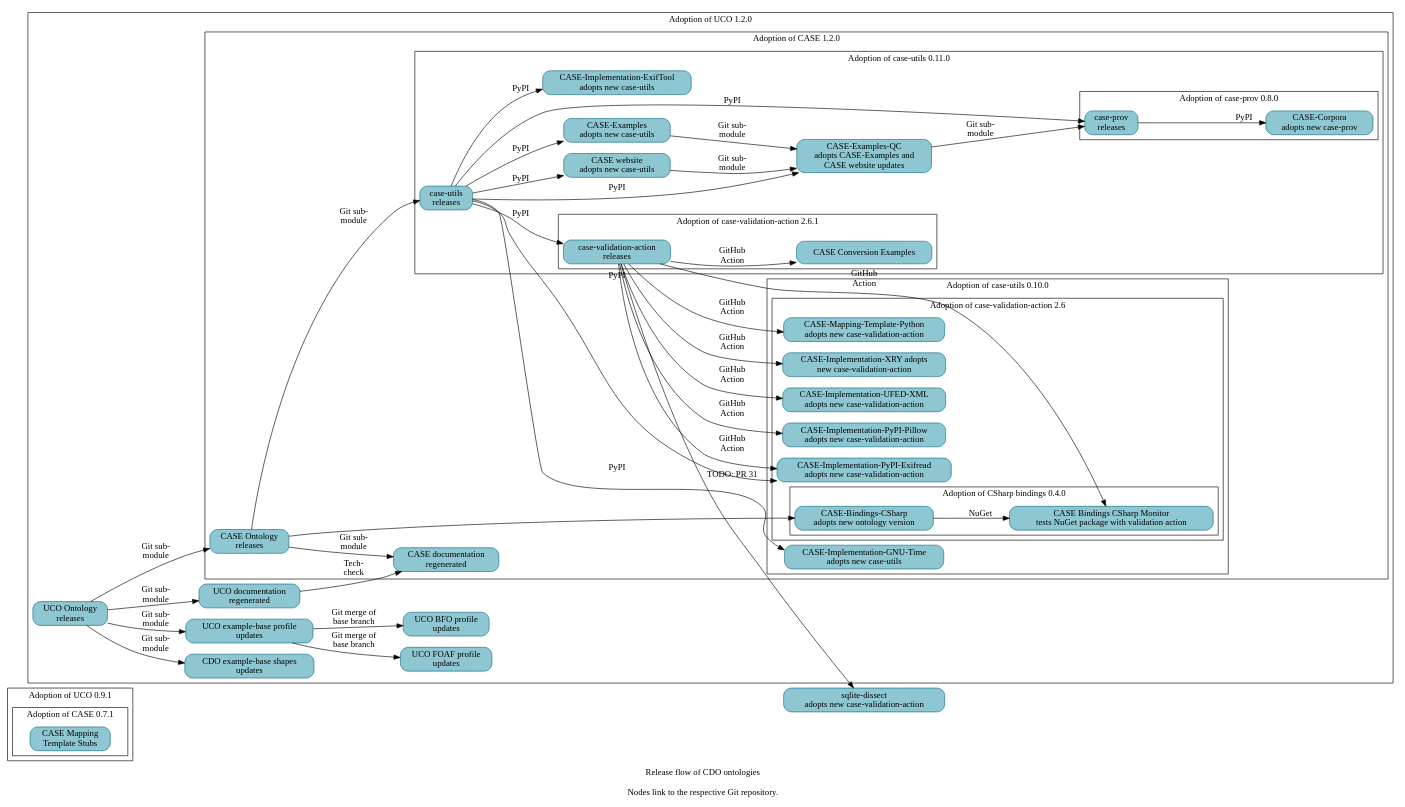
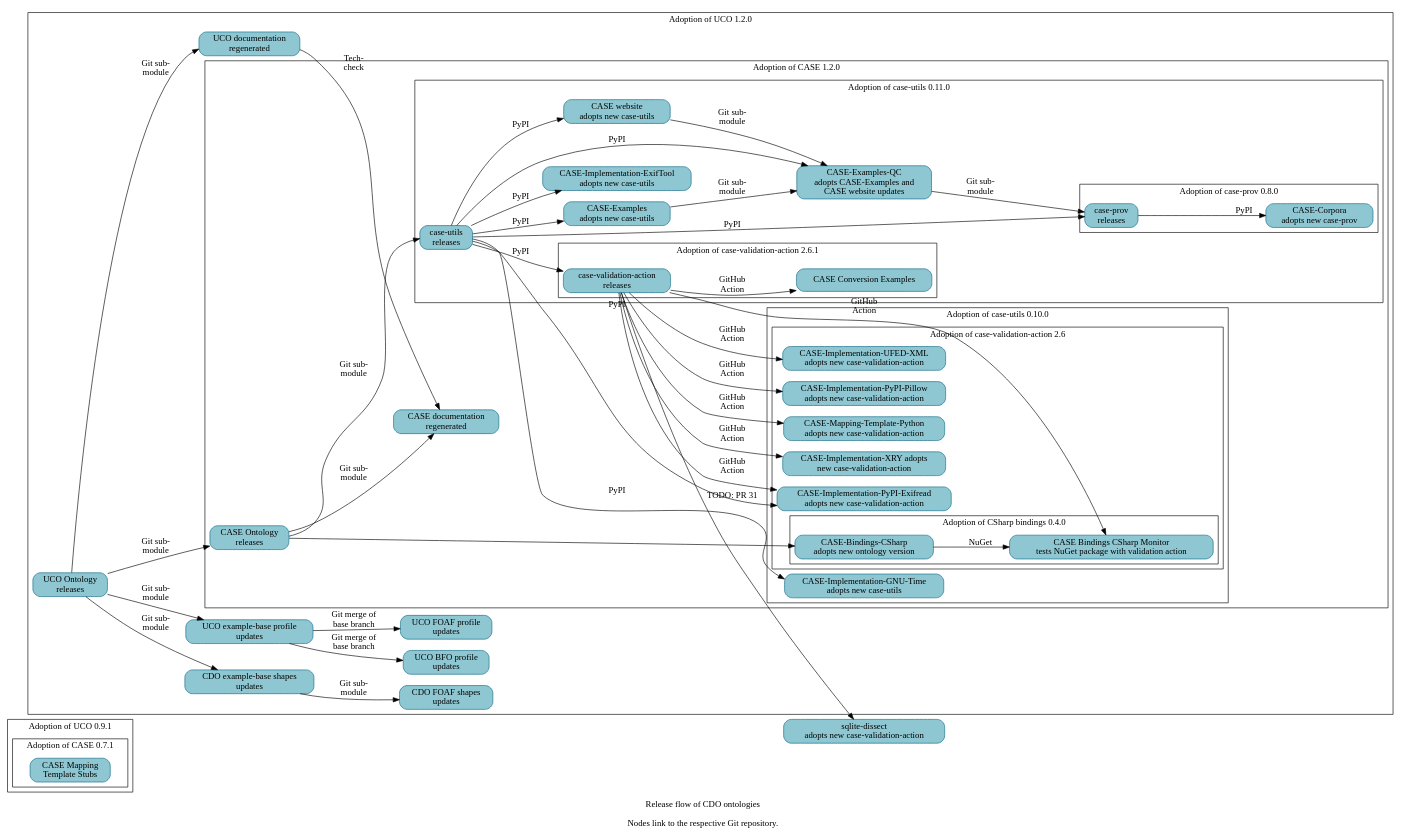
The diagram in resources/project_release_flow.dot (Cyber-Domain-Ontology/cdo.github.io), drawn with Graphviz before and after one commit.

Commit message:
Add FOAF shapes repository
A follow-on patch will regenerate Make-managed files.

```diff
--- a/resources/project_release_flow.dot
+++ b/resources/project_release_flow.dot
@@ -1,117 +1,119 @@
 digraph "cdo_release_flow" {
   label = "Release flow of CDO ontologies\n\nNodes link to the respective Git repository." ;
   rankdir = "LR" ;
   node [shape="rectangle" style="filled,rounded" fillcolor="#8EC7D2" color="#0D6986"] ;
 
 
   // Define nodes in their corresponding progress subgraph.
 
   subgraph cluster_uco_0_9_1 {
     label = "Adoption of UCO 0.9.1" ;
 
     subgraph cluster_case_0_7_1 {
       label = "Adoption of CASE 0.7.1" ;
       _GH__CASEWORK__CASE_MAPPING_TEMPLATE_STUBS [URL="https://github.com/casework/CASE-Mapping-Template-Stubs" label="CASE Mapping\nTemplate Stubs"] ;
     }
   }
 
   subgraph cluster_uco_1_2_0 {
     label = "Adoption of UCO 1.2.0" ;
 
     _GH__CYBER_DOMAIN_ONTOLOGY__CDO_SHAPES_EXAMPLE [URL="https://github.com/Cyber-Domain-Ontology/CDO-Shapes-Example" label="CDO example-base shapes\nupdates"]
+    _GH__CYBER_DOMAIN_ONTOLOGY__CDO_SHAPES_FOAF [URL="https://github.com/Cyber-Domain-Ontology/CDO-Shapes-Example" label="CDO FOAF shapes\nupdates"]
     _GH__UCOPROJECT__ONTOLOGY_UNIFIEDCYBERONTOLOGY_ORG [URL="https://github.com/ucoProject/ontology.unifiedcyberontology.org" label="UCO documentation\nregenerated"] ;
     _GH__UCOPROJECT__UCO [URL="https://github.com/ucoProject/UCO" label="UCO Ontology\nreleases"] ;
     _GH__UCOPROJECT__UCO_PROFILE_BFO [URL="https://github.com/ucoProject/UCO-Profile-BFO" label="UCO BFO profile\nupdates"] ;
     _GH__UCOPROJECT__UCO_PROFILE_EXAMPLE [URL="https://github.com/ucoProject/UCO-Profile-Example" label="UCO example-base profile\nupdates"] ;
     _GH__UCOPROJECT__UCO_PROFILE_FOAF [URL="https://github.com/ucoProject/UCO-Profile-FOAF" label="UCO FOAF profile\nupdates"] ;
 
     subgraph cluster_case_1_2_0 {
       label = "Adoption of CASE 1.2.0" ;
 
       _GH__CASEWORK__CASE [URL="https://github.com/casework/CASE" label="CASE Ontology\nreleases"] ;
       _GH__CASEWORK__ONTOLOGY_CASEONTOLOGY_ORG [URL="https://github.com/casework/ontology.caseontology.org" label="CASE documentation\nregenerated"] ;
 
       subgraph cluster_case_utils_0_10_0 {
         label = "Adoption of case-utils 0.10.0" ;
 
         _GH__CASEWORK__CASE_IMPLEMENTATON_GNU_TIME [URL="https://github.com/casework/CASE-Implementation-GNU-Time" label="CASE-Implementation-GNU-Time\nadopts new case-utils"] ;
 
         subgraph cluster_case_validation_action_2_6 {
           label = "Adoption of case-validation-action 2.6" ;
 
           _GH__CASEWORK__CASE_IMPLEMENTATON_PYPI_EXIFREAD [URL="https://github.com/casework/CASE-Implementation-PyPI-Exifread" label="CASE-Implementation-PyPI-Exifread\nadopts new case-validation-action"] ;
           _GH__CASEWORK__CASE_IMPLEMENTATON_PYPI_PILLOW [URL="https://github.com/casework/CASE-Implementation-PyPI-Pillow" label="CASE-Implementation-PyPI-Pillow\nadopts new case-validation-action"] ;
           _GH__CASEWORK__CASE_IMPLEMENTATON_UFED_XML [URL="https://github.com/casework/CASE-Implementation-UFED-XML" label="CASE-Implementation-UFED-XML\nadopts new case-validation-action"] ;
           _GH__CASEWORK__CASE_IMPLEMENTATON_XRY [URL="https://github.com/casework/CASE-Implementation-XRY" label="CASE-Implementation-XRY adopts\nnew case-validation-action"] ;
           _GH__CASEWORK__CASE_MAPPING_TEMPLATE_PYTHON [URL="https://github.com/casework/CASE-Mapping-Template-Python" label="CASE-Mapping-Template-Python\nadopts new case-validation-action"] ;
 
           subgraph cluster_case_bindings_csharp_0_4_0 {
             label = "Adoption of CSharp bindings 0.4.0" ;
 
             _GH__CASEWORK__CASE_BINDINGS_CSHARP_MONITOR [URL="https://github.com/casework/CASE-Bindings-CSharp-Monitor" label="CASE Bindings CSharp Monitor\ntests NuGet package with validation action"] ;
             _GH__CIPHERTECHSOLUTIONS__CASE_BINDINGS_CSHARP [URL="https://github.com/ciphertechsolutions/CASE-Bindings-CSharp" label="CASE-Bindings-CSharp\nadopts new ontology version"]
           }
         }
       }
 
       subgraph cluster_case_utils_0_11_0 {
         label = "Adoption of case-utils 0.11.0" ;
 
         _GH__AJNELSON_NIST__CASE_EXAMPLES_QC [URL="https://github.com/ajnelson-nist/CASE-Examples-QC" label="CASE-Examples-QC\nadopts CASE-Examples and\nCASE website updates"] ;
         _GH__CASEWORK__CASE_EXAMPLES [URL="https://github.com/casework/CASE-Examples" label="CASE-Examples\nadopts new case-utils"] ;
         _GH__CASEWORK__CASE_IMPLEMENTATON_EXIFTOOL [URL="https://github.com/casework/CASE-Implementation-ExifTool" label="CASE-Implementation-ExifTool\nadopts new case-utils"] ;
         _GH__CASEWORK__CASE_UTILITIES_PYTHON [URL="https://github.com/casework/CASE-Utilities-Python" label="case-utils\nreleases"] ;
         _GH__CASEWORK__CASEWORK_GITHUB_IO [URL="https://github.com/casework/casework.github.io" label="CASE website\nadopts new case-utils"] ;
 
         subgraph cluster_case_prov_0_8_0 {
           label = "Adoption of case-prov 0.8.0" ;
 
           _GH__CASEWORK__CASE_CORPORA [URL="https://github.com/casework/CASE-Corpora" label="CASE-Corpora\nadopts new case-prov"] ;
           _GH__CASEWORK__CASE_IMPLEMENTATON_PROV_O [URL="https://github.com/casework/CASE-Implementation-PROV-O" label="case-prov\nreleases"] ;
         }
         subgraph cluster_case_validation_action_2_6_1 {
           label = "Adoption of case-validation-action 2.6.1" ;
 
           _GH__CASEWORK__CASE_EXAMPLES_CONVERSION [URL="https://github.com/casework/CASE-Examples-Conversion" label="CASE Conversion Examples"]
           _GH__KCHASON__CASE_VALIDATION_ACTION [URL="https://github.com/kchason/case-validation-action" label="case-validation-action\nreleases"] ;
         }
       }
     }
   }
 
   _GH__DOD_CYBER_CRIME_CENTER__SQLITE_DISSECT [URL="https://github.com/dod-cyber-crime-center/sqlite-dissect" label="sqlite-dissect\nadopts new case-validation-action"] ;
 
   // Begin edges
 
   _GH__AJNELSON_NIST__CASE_EXAMPLES_QC -> _GH__CASEWORK__CASE_IMPLEMENTATON_PROV_O [label="Git sub-\nmodule"] ;
   _GH__CASEWORK__CASE -> _GH__CASEWORK__CASE_UTILITIES_PYTHON [label="Git sub-\nmodule"] ;
   _GH__CASEWORK__CASE -> _GH__CIPHERTECHSOLUTIONS__CASE_BINDINGS_CSHARP ;
   _GH__CASEWORK__CASE -> _GH__CASEWORK__ONTOLOGY_CASEONTOLOGY_ORG [label="Git sub-\nmodule"] ; 
   _GH__CASEWORK__CASE_EXAMPLES -> _GH__AJNELSON_NIST__CASE_EXAMPLES_QC [label="Git sub-\nmodule"] ;
   _GH__CASEWORK__CASE_IMPLEMENTATON_PROV_O -> _GH__CASEWORK__CASE_CORPORA [label="PyPI"] ;
   _GH__CASEWORK__CASE_UTILITIES_PYTHON -> _GH__AJNELSON_NIST__CASE_EXAMPLES_QC [label="PyPI"] ;
   _GH__CASEWORK__CASE_UTILITIES_PYTHON -> _GH__CASEWORK__CASE_EXAMPLES [label="PyPI"] ;
   _GH__CASEWORK__CASE_UTILITIES_PYTHON -> _GH__CASEWORK__CASE_IMPLEMENTATON_EXIFTOOL [label="PyPI"] ;
   _GH__CASEWORK__CASE_UTILITIES_PYTHON -> _GH__CASEWORK__CASE_IMPLEMENTATON_GNU_TIME [label="PyPI"] ;
   _GH__CASEWORK__CASE_UTILITIES_PYTHON -> _GH__CASEWORK__CASE_IMPLEMENTATON_PROV_O [label="PyPI"] ;
   _GH__CASEWORK__CASE_UTILITIES_PYTHON -> _GH__CASEWORK__CASE_IMPLEMENTATON_PYPI_EXIFREAD [label="PyPI"] ;
   _GH__CASEWORK__CASE_UTILITIES_PYTHON -> _GH__KCHASON__CASE_VALIDATION_ACTION [label="PyPI"] ;
   _GH__CASEWORK__CASE_UTILITIES_PYTHON -> _GH__CASEWORK__CASEWORK_GITHUB_IO [label="PyPI"] ;
   _GH__CASEWORK__CASEWORK_GITHUB_IO -> _GH__AJNELSON_NIST__CASE_EXAMPLES_QC [label="Git sub-\nmodule"] ;
   _GH__CIPHERTECHSOLUTIONS__CASE_BINDINGS_CSHARP -> _GH__CASEWORK__CASE_BINDINGS_CSHARP_MONITOR [label="NuGet"] ;
+  _GH__CYBER_DOMAIN_ONTOLOGY__CDO_SHAPES_EXAMPLE -> _GH__CYBER_DOMAIN_ONTOLOGY__CDO_SHAPES_FOAF [label="Git sub-\nmodule"] ;
   _GH__KCHASON__CASE_VALIDATION_ACTION -> _GH__CASEWORK__CASE_BINDINGS_CSHARP_MONITOR [label="GitHub\nAction"] ;
   _GH__KCHASON__CASE_VALIDATION_ACTION -> _GH__CASEWORK__CASE_EXAMPLES_CONVERSION [label="GitHub\nAction"];
   _GH__KCHASON__CASE_VALIDATION_ACTION -> _GH__CASEWORK__CASE_IMPLEMENTATON_PYPI_EXIFREAD [label="GitHub\nAction"] ;
   _GH__KCHASON__CASE_VALIDATION_ACTION -> _GH__CASEWORK__CASE_IMPLEMENTATON_PYPI_PILLOW [label="GitHub\nAction"] ;
   _GH__KCHASON__CASE_VALIDATION_ACTION -> _GH__CASEWORK__CASE_IMPLEMENTATON_UFED_XML [label="GitHub\nAction"] ;
   _GH__KCHASON__CASE_VALIDATION_ACTION -> _GH__CASEWORK__CASE_IMPLEMENTATON_XRY [label="GitHub\nAction"] ;
   _GH__KCHASON__CASE_VALIDATION_ACTION -> _GH__CASEWORK__CASE_MAPPING_TEMPLATE_PYTHON [label="GitHub\nAction"] ;
   _GH__KCHASON__CASE_VALIDATION_ACTION -> _GH__DOD_CYBER_CRIME_CENTER__SQLITE_DISSECT [URL="https://github.com/dod-cyber-crime-center/sqlite-dissect/pull/31" label="TODO: PR 31"] ;
   _GH__UCOPROJECT__ONTOLOGY_UNIFIEDCYBERONTOLOGY_ORG -> _GH__CASEWORK__ONTOLOGY_CASEONTOLOGY_ORG [label="Tech-\ncheck"];
   _GH__UCOPROJECT__UCO -> _GH__CASEWORK__CASE [label="Git sub-\nmodule"] ;
   _GH__UCOPROJECT__UCO -> _GH__CYBER_DOMAIN_ONTOLOGY__CDO_SHAPES_EXAMPLE [label="Git sub-\nmodule"] ;
   _GH__UCOPROJECT__UCO -> _GH__UCOPROJECT__ONTOLOGY_UNIFIEDCYBERONTOLOGY_ORG [label="Git sub-\nmodule"] ;
   _GH__UCOPROJECT__UCO -> _GH__UCOPROJECT__UCO_PROFILE_EXAMPLE [label="Git sub-\nmodule"] ;
   _GH__UCOPROJECT__UCO_PROFILE_EXAMPLE -> _GH__UCOPROJECT__UCO_PROFILE_BFO [label="Git merge of\nbase branch"] ;
   _GH__UCOPROJECT__UCO_PROFILE_EXAMPLE -> _GH__UCOPROJECT__UCO_PROFILE_FOAF [label="Git merge of\nbase branch"] ;
 }
```
